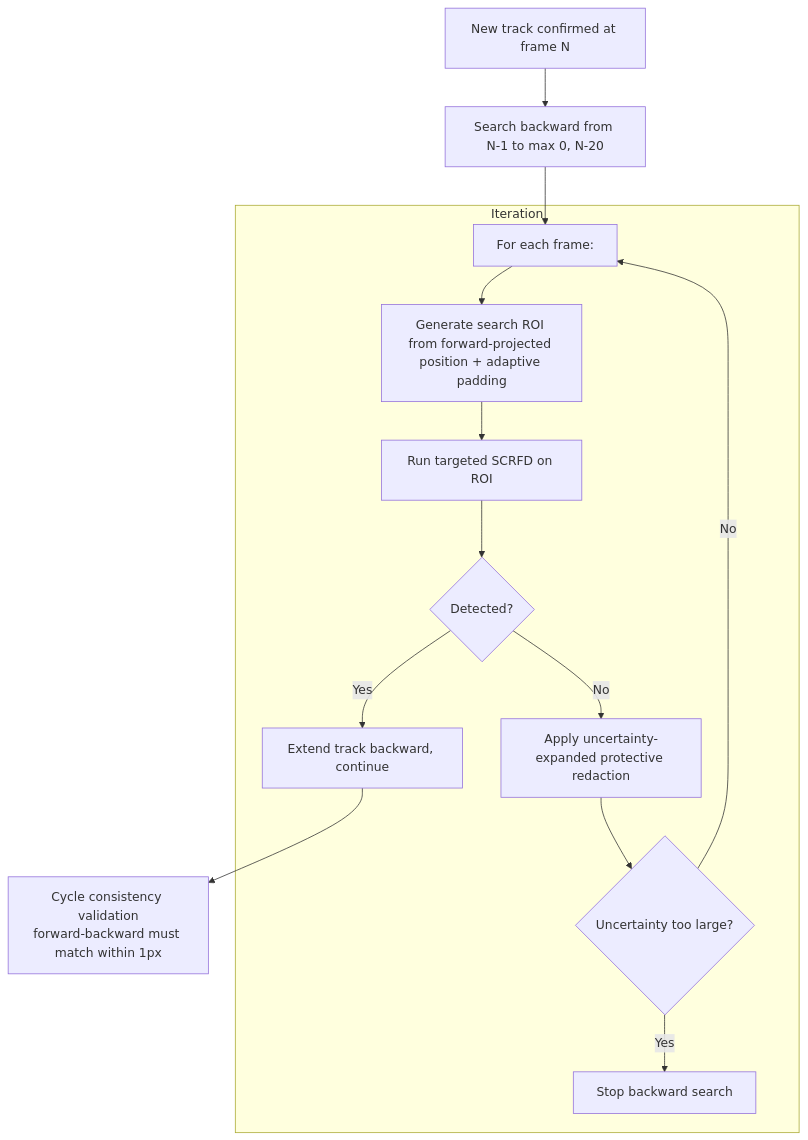
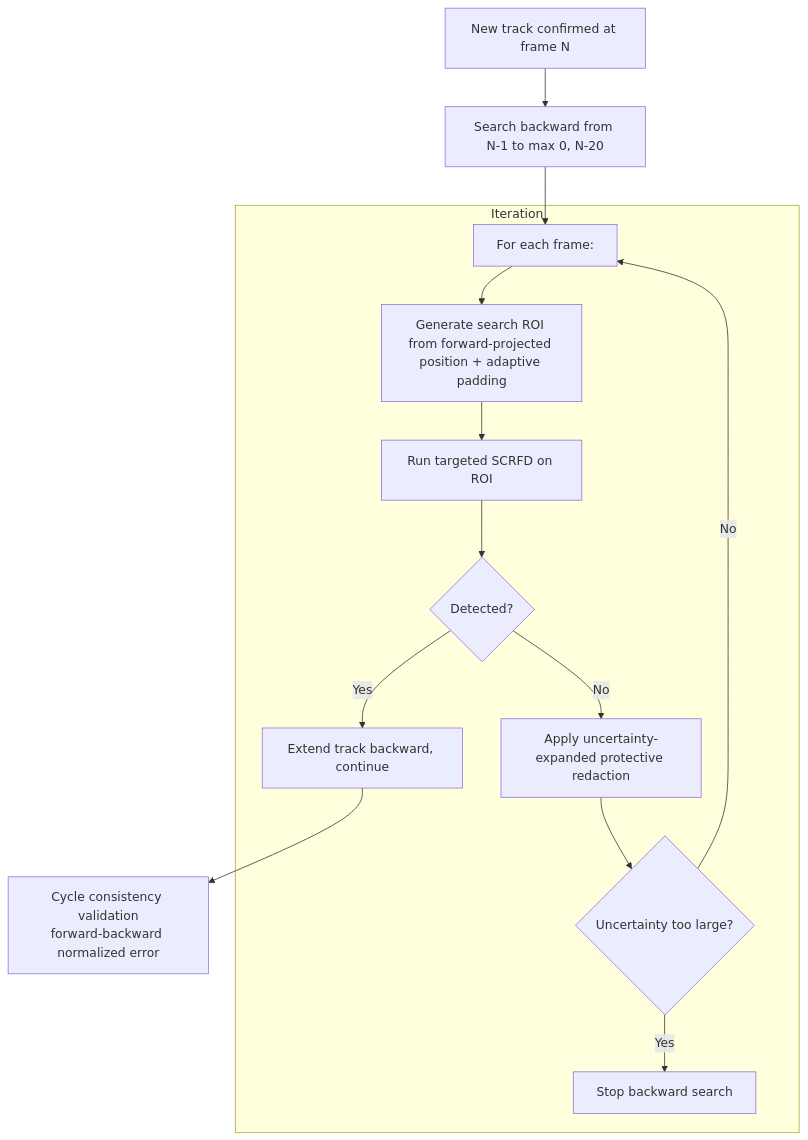
Before and after one commit to aditya-21a/pixelVeil: the seventh of 10 diagrams in docs/architecture-diagrams.md, drawn with Mermaid. The commit also changed other lines of this file and 5 other files, not shown here.

First line of the commit message:
docs: revise architecture based on hostile review

````diff
--- a/docs/architecture-diagrams.md
+++ b/docs/architecture-diagrams.md
@@ -132,16 +130,16 @@
 ```mermaid
 graph TD
     A[New track confirmed at frame N] --> B[Search backward from N-1 to max 0, N-20]
     B --> C[For each frame:]
     subgraph Iteration
         C --> D[Generate search ROI from forward-projected position + adaptive padding]
         D --> E[Run targeted SCRFD on ROI]
         E --> F{Detected?}
         F -- Yes --> G[Extend track backward, continue]
         F -- No --> H[Apply uncertainty-expanded protective redaction]
         H --> I{Uncertainty too large?}
         I -- Yes --> J[Stop backward search]
         I -- No --> C
     end
-    G --> K[Cycle consistency validation<br>forward-backward must match within 1px]
+    G --> K[Cycle consistency validation<br>forward-backward normalized error]
 ```
````
